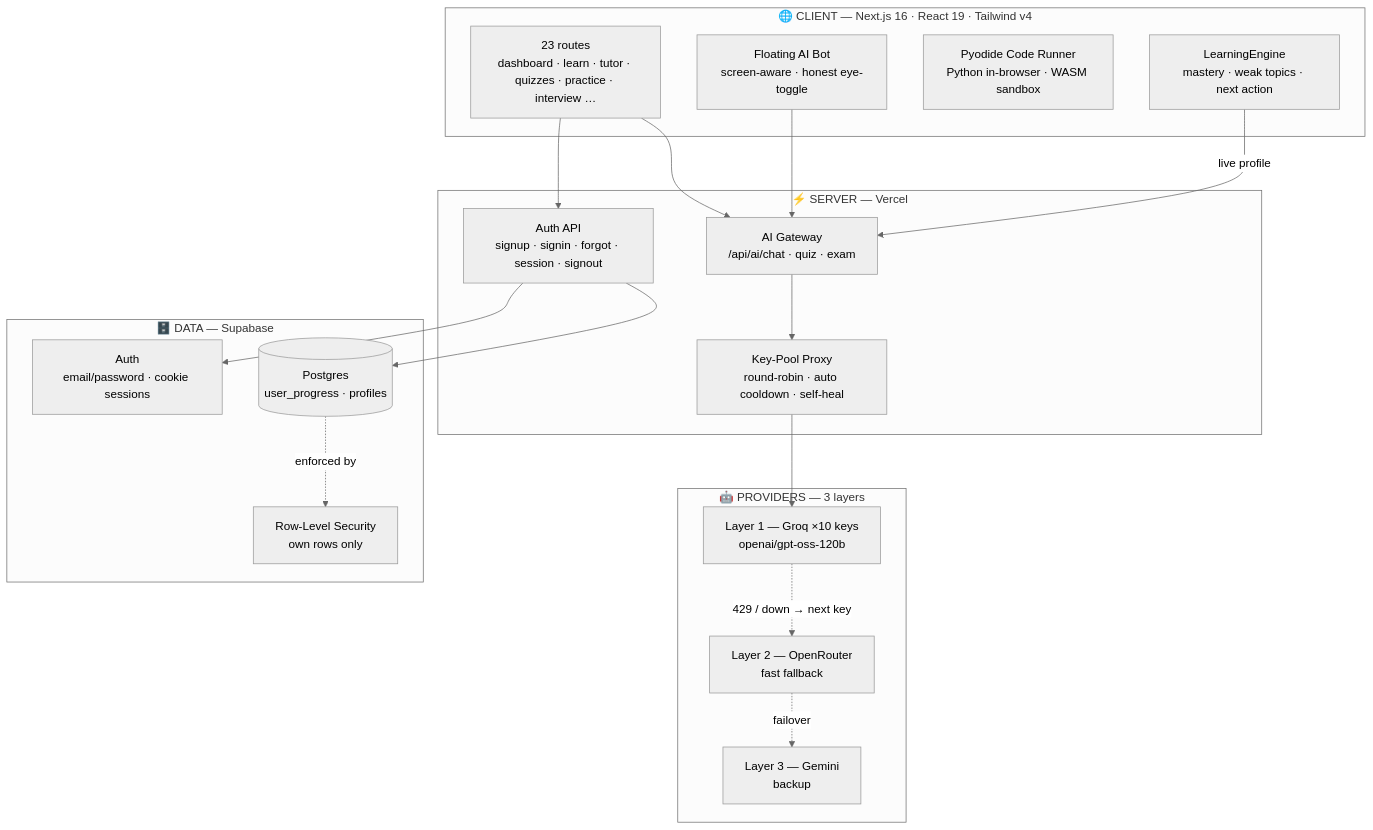
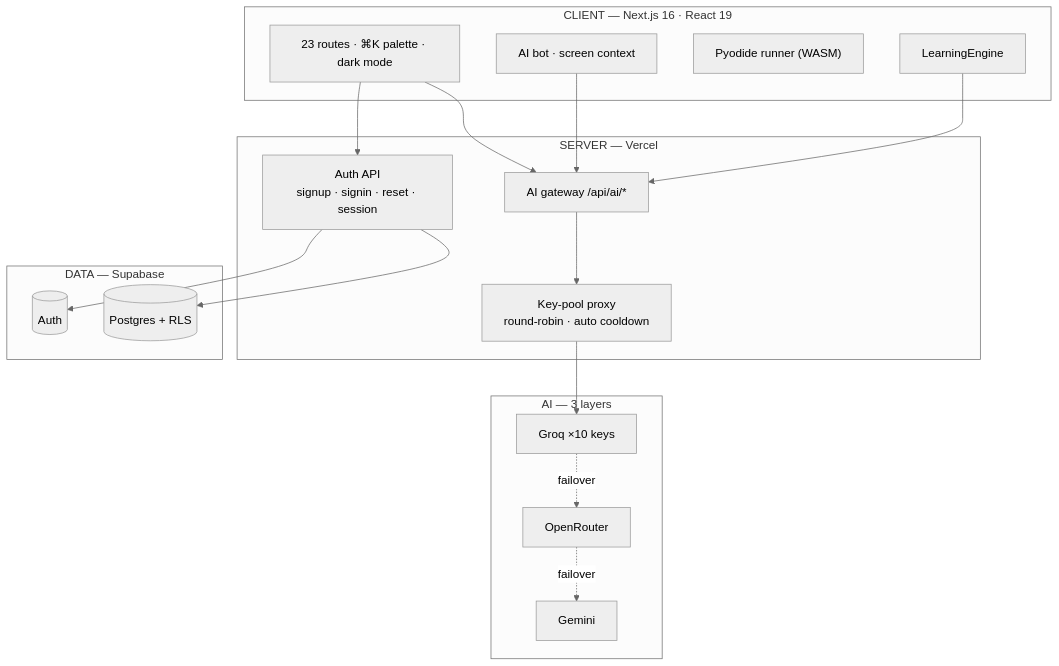
Before and after one commit to MohammedShakib-645/ai-path: the second of 2 diagrams in README.md, drawn with Mermaid (neutral theme). The commit also changed other lines of this file, not shown here.

````diff
--- a/README.md
+++ b/README.md
@@ -93,39 +83,33 @@
 ```mermaid
 flowchart TB
-    subgraph CLIENT["🌐 CLIENT — Next.js 16 · React 19 · Tailwind v4"]
-        R["23 routes<br/>dashboard · learn · tutor · quizzes · practice · interview …"]
-        B["Floating AI Bot<br/>screen-aware · honest eye-toggle"]
-        K["Pyodide Code Runner<br/>Python in-browser · WASM sandbox"]
-        E["LearningEngine<br/>mastery · weak topics · next action"]
+    subgraph CLIENT["CLIENT — Next.js 16 · React 19"]
+        R["23 routes · ⌘K palette · dark mode"]
+        B["AI bot · screen context"]
+        K["Pyodide runner (WASM)"]
+        E["LearningEngine"]
     end
-
-    subgraph EDGE["⚡ SERVER — Vercel"]
-        AUTH["Auth API<br/>signup · signin · forgot · session · signout"]
-        AI["AI Gateway<br/>/api/ai/chat · quiz · exam"]
-        POOL["Key-Pool Proxy<br/>round-robin · auto cooldown · self-heal"]
+    subgraph EDGE["SERVER — Vercel"]
+        AUTH["Auth API<br/>signup · signin · reset · session"]
+        AI["AI gateway /api/ai/*"]
+        POOL["Key-pool proxy<br/>round-robin · auto cooldown"]
     end
-
-    subgraph DATA["🗄️ DATA — Supabase"]
-        SU["Auth<br/>email/password · cookie sessions"]
-        PG[("Postgres<br/>user_progress · profiles")]
-        RLS["Row-Level Security<br/>own rows only"]
+    subgraph DATA["DATA — Supabase"]
+        SU[("Auth")]
+        PG[("Postgres + RLS")]
     end
-
-    subgraph LLM["🤖 PROVIDERS — 3 layers"]
-        L1["Layer 1 — Groq ×10 keys<br/>openai/gpt-oss-120b"]
-        L2["Layer 2 — OpenRouter<br/>fast fallback"]
-        L3["Layer 3 — Gemini<br/>backup"]
+    subgraph LLM["AI — 3 layers"]
+        L1["Groq ×10 keys"]
+        L2["OpenRouter"]
+        L3["Gemini"]
     end
-
     R --> AUTH
     R --> AI
     B --> AI
-    E -->|"live profile"| AI
+    E --> AI
     AUTH --> SU
     AUTH --> PG
-    PG -. enforced by .-> RLS
     AI --> POOL
     POOL --> L1
-    L1 -. "429 / down → next key" .-> L2
+    L1 -. failover .-> L2
     L2 -. failover .-> L3
 ```
````
